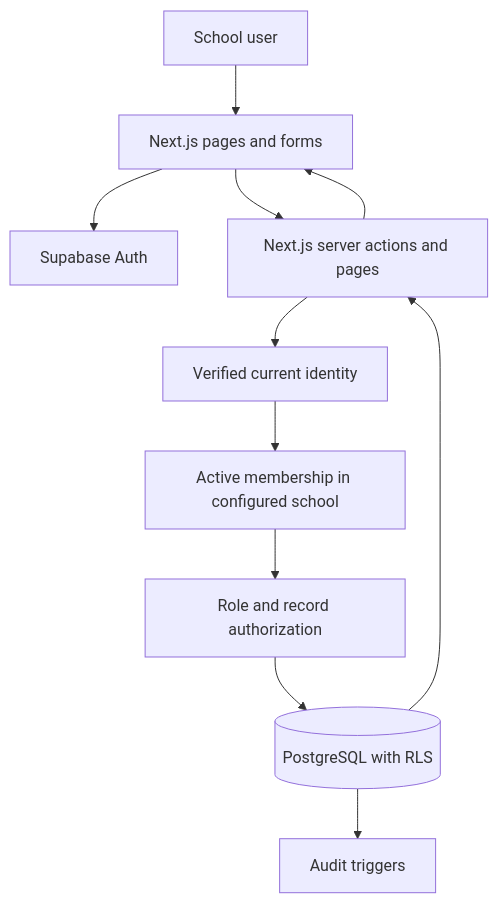
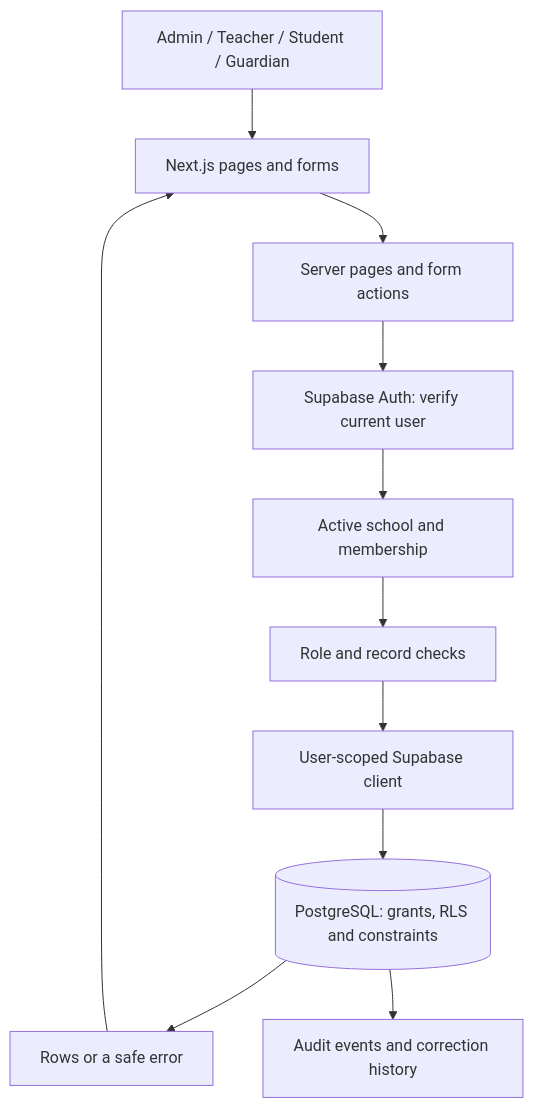
Before and after one commit to Philly-dotcom/school_portal: the diagram in docs/ARCHITECTURE.md, drawn with Mermaid. The commit also changed other lines of this file and 112 other files, not shown here.

````diff
--- a/docs/ARCHITECTURE.md
+++ b/docs/ARCHITECTURE.md
@@ -3,13 +7,13 @@
 ```mermaid
 flowchart TD
-    Person[School user] --> UI[Next.js pages and forms]
-    UI --> Auth[Supabase Auth]
-    UI --> Server[Next.js server actions and pages]
-    Server --> Identity[Verified current identity]
-    Identity --> Membership[Active membership in configured school]
-    Membership --> Permission[Role and record authorization]
-    Permission --> DB[(PostgreSQL with RLS)]
-    DB --> Server
-    Server --> UI
-    DB --> Audit[Audit triggers]
+    User[Admin / Teacher / Student / Guardian] --> UI[Next.js pages and forms]
+    UI --> Server[Server pages and form actions]
+    Server --> Auth[Supabase Auth: verify current user]
+    Auth --> Context[Active school and membership]
+    Context --> Roles[Role and record checks]
+    Roles --> Client[User-scoped Supabase client]
+    Client --> DB[(PostgreSQL: grants, RLS and constraints)]
+    DB --> Result[Rows or a safe error]
+    Result --> UI
+    DB --> Audit[Audit events and correction history]
 ```
````
